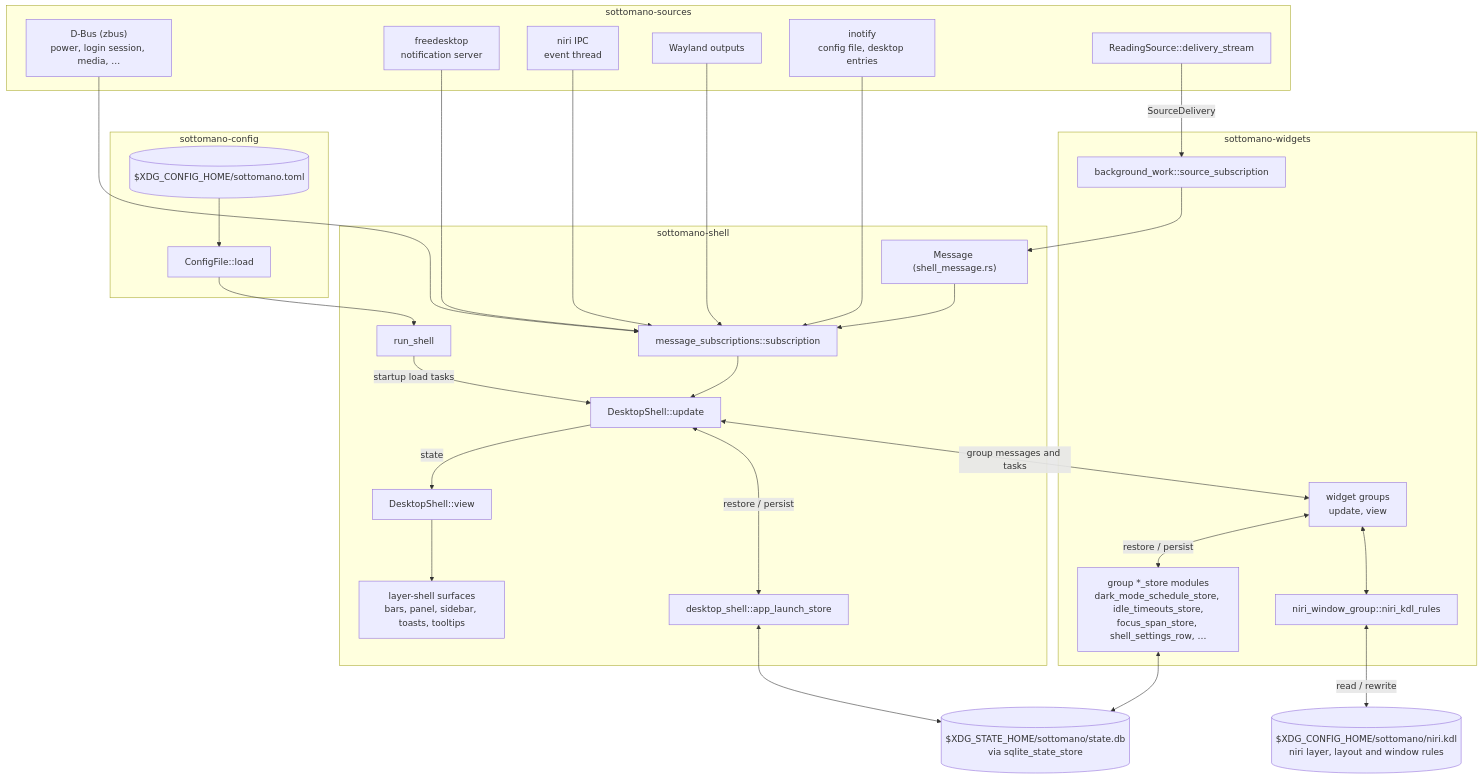
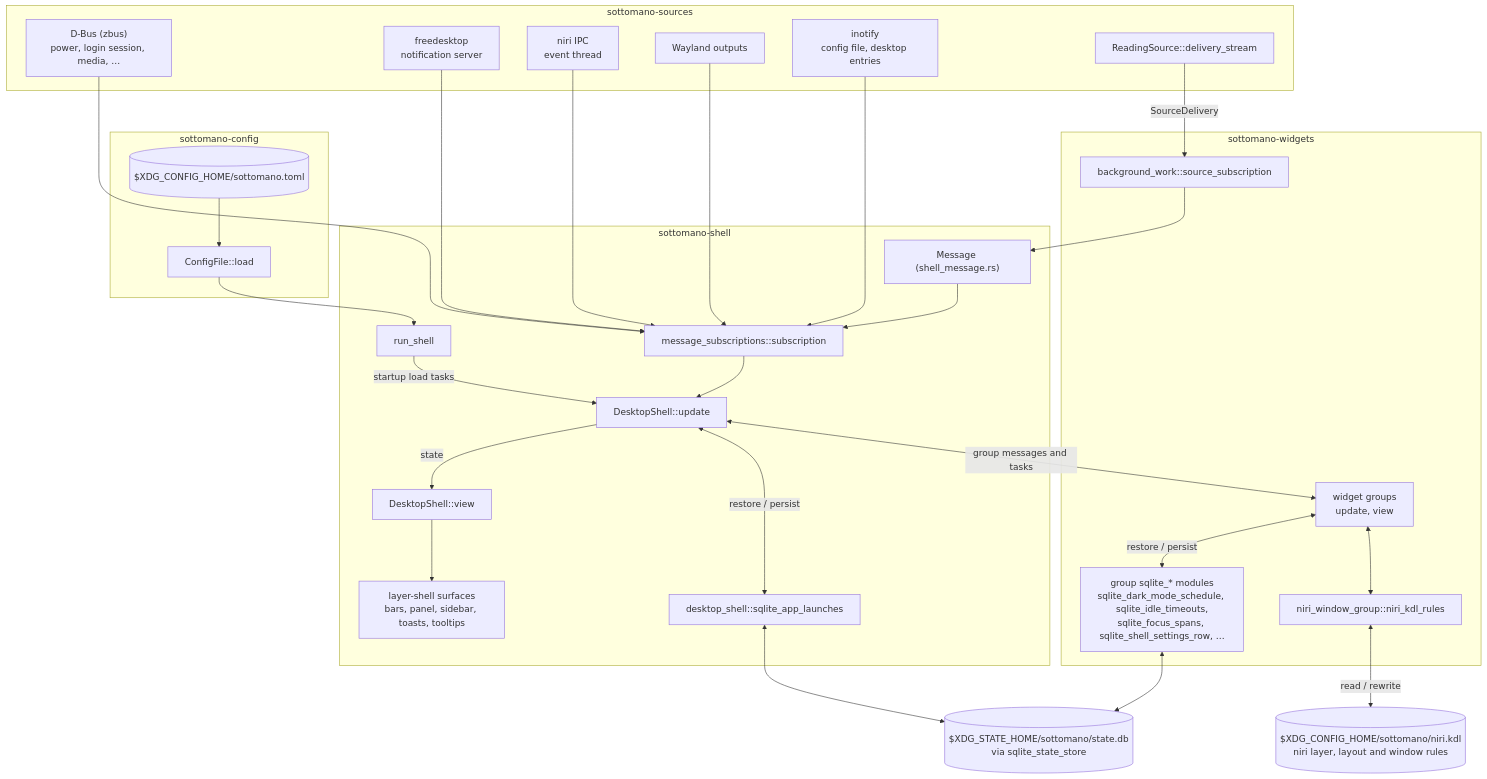
The first of 3 diagrams in docs/development.md (wvhulle/sottomano), drawn with Mermaid before and after one commit. The commit also changed 27 other files, not shown here.

Commit message:
refactor: name group persistence modules by mechanism and subject

````diff
--- a/docs/development.md
+++ b/docs/development.md
@@ -27,53 +27,53 @@
 ```mermaid
 flowchart TB
   subgraph sources_crate [sottomano-sources]
     desktop_bus["D-Bus (zbus)<br>power, login session, media, …"]
     notification_server["freedesktop<br>notification server"]
     niri_event_thread["niri IPC<br>event thread"]
     wayland_outputs["Wayland outputs"]
     file_watches["inotify<br>config file, desktop entries"]
     reading_sources["ReadingSource::delivery_stream"]
   end
 
   subgraph config_crate [sottomano-config]
     config_file[("$XDG_CONFIG_HOME/sottomano.toml")]
     config_loading["ConfigFile::load"]
     config_file --> config_loading
   end
 
   subgraph widgets_crate [sottomano-widgets]
     source_subscription["background_work::source_subscription"]
     widget_groups["widget groups<br>update, view"]
-    group_stores["group *_store modules<br>dark_mode_schedule_store, idle_timeouts_store,<br>focus_span_store, shell_settings_row, …"]
+    group_stores["group sqlite_* modules<br>sqlite_dark_mode_schedule, sqlite_idle_timeouts,<br>sqlite_focus_spans, sqlite_shell_settings_row, …"]
     niri_kdl_rules["niri_window_group::niri_kdl_rules"]
     widget_groups <-->|restore / persist| group_stores
     widget_groups <--> niri_kdl_rules
   end
 
   subgraph shell_crate [sottomano-shell]
     run_shell["run_shell"]
     shell_message["Message (shell_message.rs)"]
     message_subscriptions["message_subscriptions::subscription"]
     shell_update["DesktopShell::update"]
     shell_view["DesktopShell::view"]
-    app_launch_store["desktop_shell::app_launch_store"]
+    sqlite_app_launches["desktop_shell::sqlite_app_launches"]
     layer_surfaces["layer-shell surfaces<br>bars, panel, sidebar, toasts, tooltips"]
     run_shell -->|startup load tasks| shell_update
     shell_message --> message_subscriptions
     message_subscriptions --> shell_update
     shell_update -->|state| shell_view
     shell_view --> layer_surfaces
-    shell_update <-->|restore / persist| app_launch_store
+    shell_update <-->|restore / persist| sqlite_app_launches
   end
 
   sqlite_state_store[("$XDG_STATE_HOME/sottomano/state.db<br>via sqlite_state_store")]
   niri_kdl_file[("$XDG_CONFIG_HOME/sottomano/niri.kdl<br>niri layer, layout and window rules")]
 
   config_loading --> run_shell
   desktop_bus & notification_server & niri_event_thread & wayland_outputs & file_watches --> message_subscriptions
   reading_sources -->|SourceDelivery| source_subscription
   source_subscription --> shell_message
   shell_update <-->|group messages and tasks| widget_groups
-  group_stores & app_launch_store <--> sqlite_state_store
+  group_stores & sqlite_app_launches <--> sqlite_state_store
   niri_kdl_rules <-->|read / rewrite| niri_kdl_file
 ```
````
